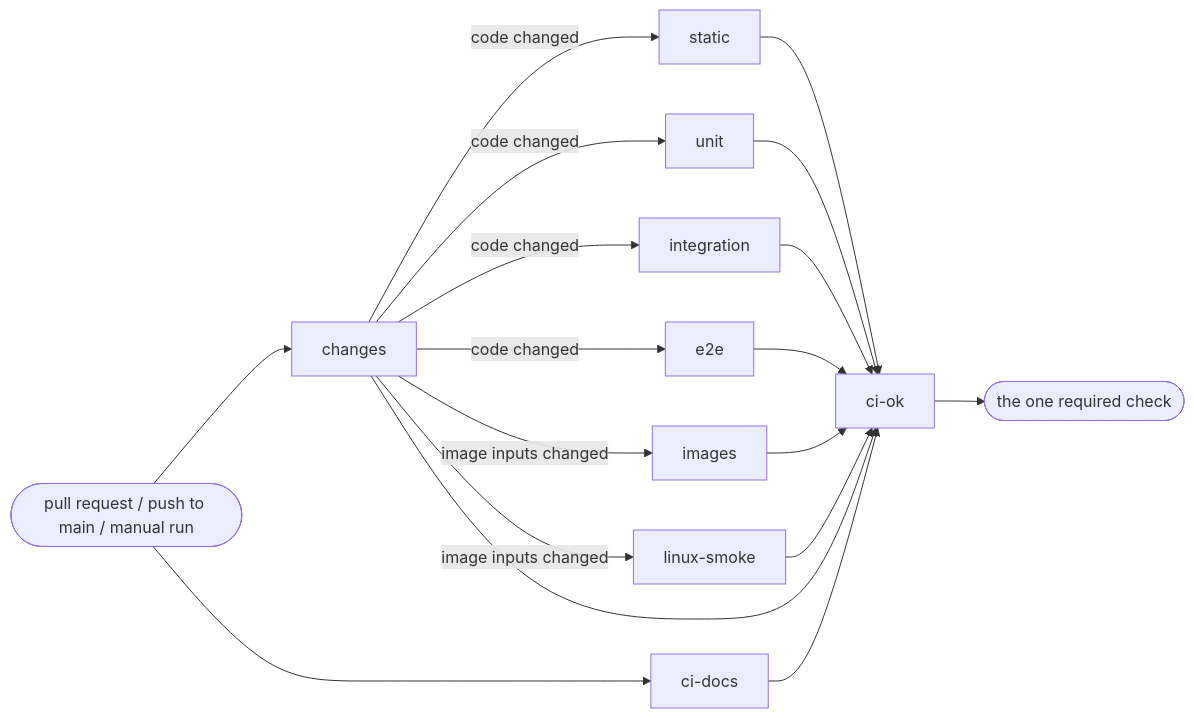
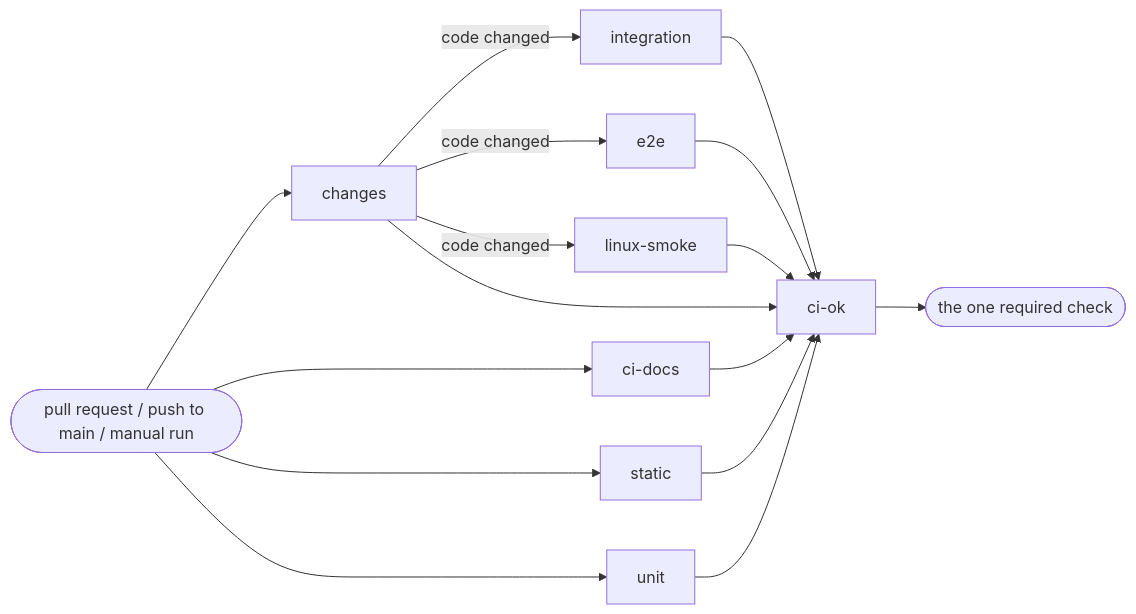
One commit to Joevonlong/job-radar changed the diagram in docs/ci.md. Above: the diagram before and after it, drawn with Mermaid. The commit also changed other lines of this file and 18 other files, not shown here.

````diff
--- a/docs/ci.md
+++ b/docs/ci.md
@@ -19,20 +20,18 @@
 ```mermaid
 flowchart LR
   PR([pull request / push to main / manual run]) --> changes
   PR --> ci-docs
-  changes -- code changed --> static
-  changes -- code changed --> unit
+  PR --> static
+  PR --> unit
   changes -- code changed --> integration
   changes -- code changed --> e2e
-  changes -- image inputs changed --> images
-  changes -- image inputs changed --> linux-smoke
+  changes -- code changed --> linux-smoke
   changes --> ci-ok
   ci-docs --> ci-ok
   static --> ci-ok
   unit --> ci-ok
   integration --> ci-ok
   e2e --> ci-ok
-  images --> ci-ok
   linux-smoke --> ci-ok
   ci-ok --> merge([the one required check])
 ```
````
